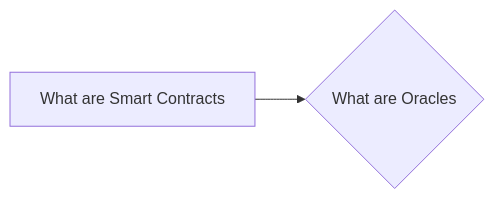
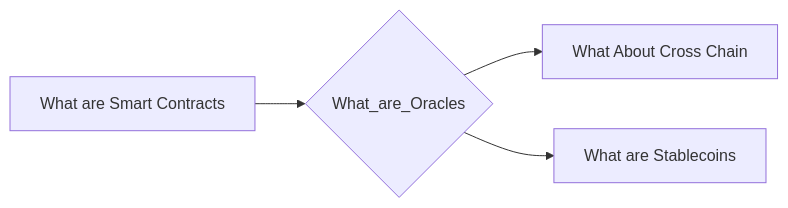
The diagram in notes/What_are_Oracles.md (lpurdy01/crypto-knowledge-map), drawn with Mermaid before and after one commit. The commit also changed 161 other files, not shown here.

````diff
--- a/notes/What_are_Oracles.md
+++ b/notes/What_are_Oracles.md
@@ -6,4 +6,6 @@
 ```mermaid
 graph LR
-1["What are Smart Contracts"]-->0{"What are Oracles"}
+1["What are Smart Contracts"]-->0{"What_are_Oracles"}
+0{"What_are_Oracles"}-->2["What About Cross Chain"]
+0{"What_are_Oracles"}-->3["What are Stablecoins"]
 ```
````
